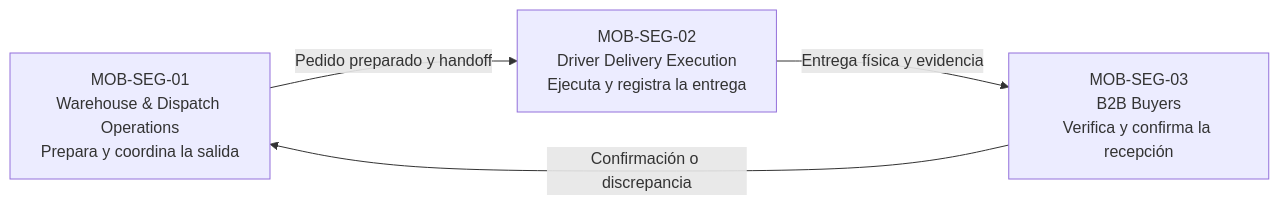
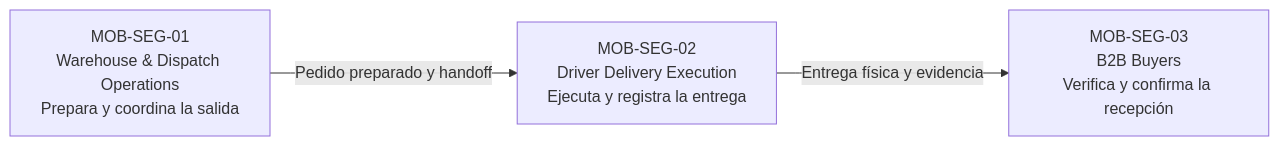
One commit to nexa-suite/mobile-report changed the diagram in report/01-presentation/1.3-target-segments.md. Above: the diagram before and after it, drawn with Mermaid. The commit also changed other lines of this file, not shown here.

````diff
--- a/report/01-presentation/1.3-target-segments.md
+++ b/report/01-presentation/1.3-target-segments.md
@@ -46,10 +133,9 @@
 ```mermaid
 flowchart LR
     SEG1["MOB-SEG-01<br/>Warehouse & Dispatch Operations<br/>Prepara y coordina la salida"]
     SEG2["MOB-SEG-02<br/>Driver Delivery Execution<br/>Ejecuta y registra la entrega"]
     SEG3["MOB-SEG-03<br/>B2B Buyers<br/>Verifica y confirma la recepción"]
 
     SEG1 -->|Pedido preparado y handoff| SEG2
     SEG2 -->|Entrega física y evidencia| SEG3
-    SEG3 -->|Confirmación o discrepancia| SEG1
 ```
````
